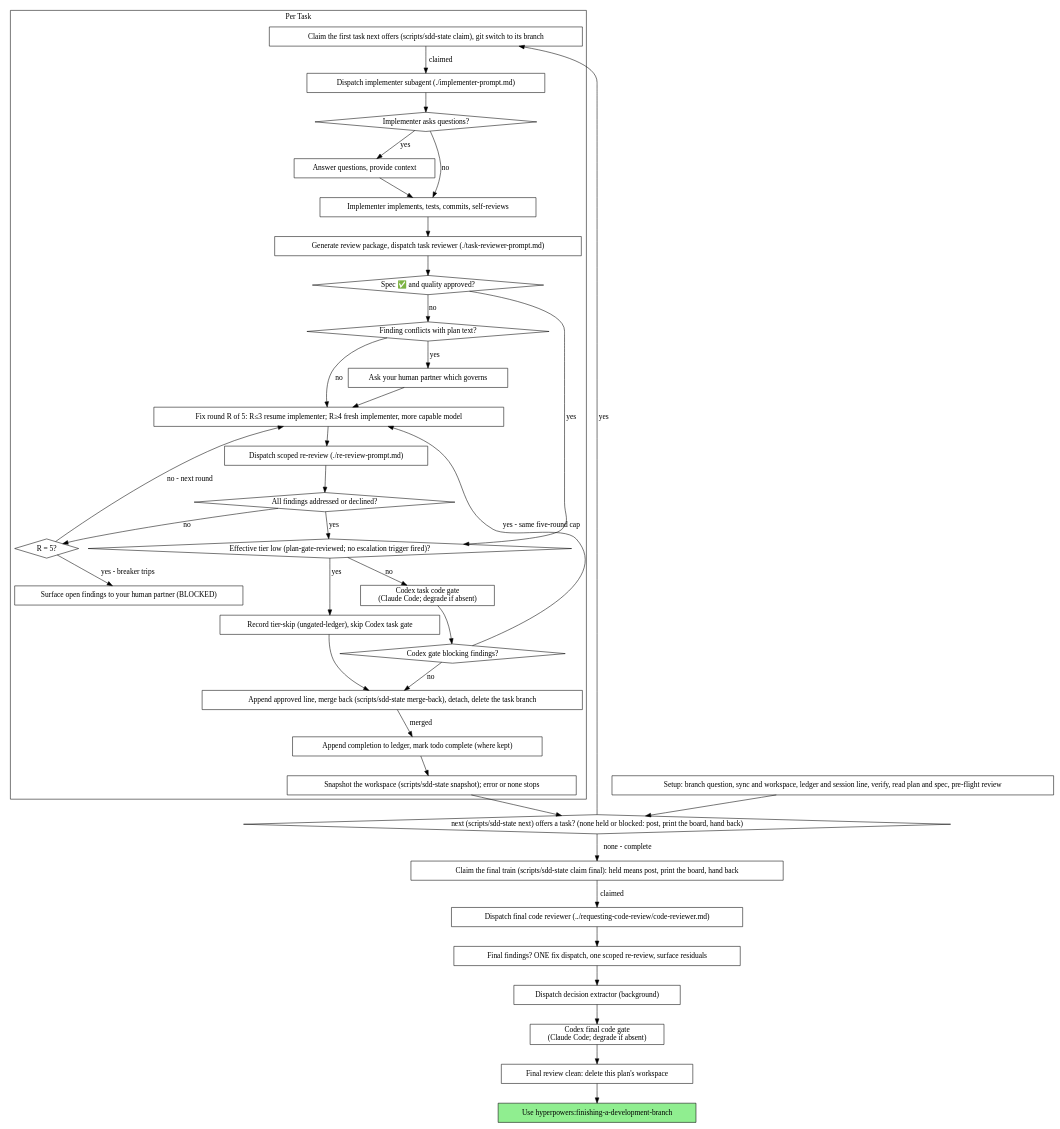
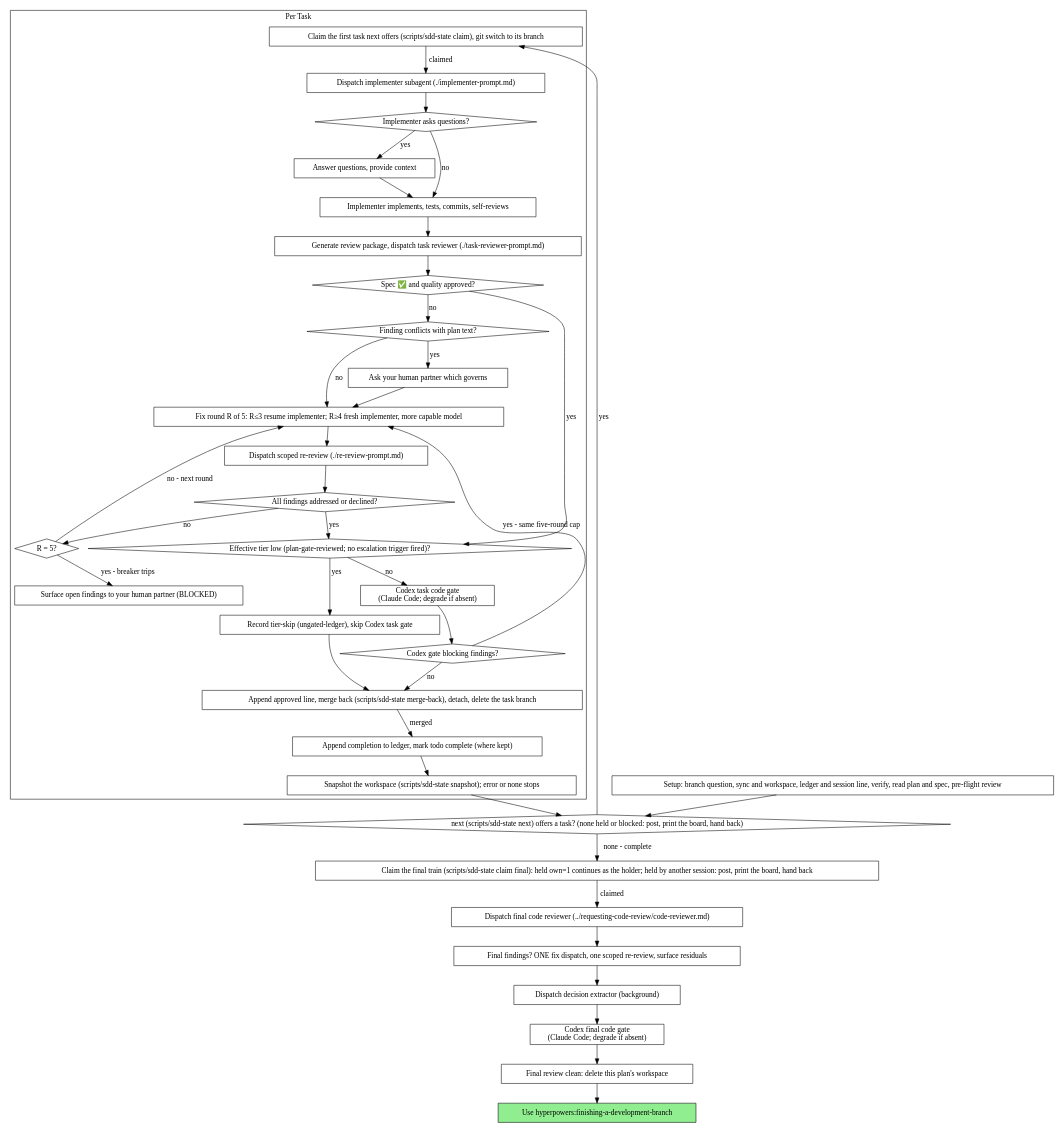
One commit to scott-arne/hyperpowers changed the second of 2 diagrams in skills/subagent-driven-development/SKILL.md. Above: the diagram before and after it, drawn with Graphviz. The commit also changed other lines of this file and 1 other file, not shown here.

Commit message:
fix(sdd): the final train is claimed before its review is packaged, a task's BASE is the claim's from= commit, and the graph's final claim continues on the session's own hold

````diff
--- a/skills/subagent-driven-development/SKILL.md
+++ b/skills/subagent-driven-development/SKILL.md
@@ -51,77 +51,77 @@
 ```dot
 digraph process {
     rankdir=TB;
 
     subgraph cluster_per_task {
         label="Per Task";
         "Claim the first task next offers (scripts/sdd-state claim), git switch to its branch" [shape=box];
         "Dispatch implementer subagent (./implementer-prompt.md)" [shape=box];
         "Implementer asks questions?" [shape=diamond];
         "Answer questions, provide context" [shape=box];
         "Implementer implements, tests, commits, self-reviews" [shape=box];
         "Generate review package, dispatch task reviewer (./task-reviewer-prompt.md)" [shape=box];
         "Spec ✅ and quality approved?" [shape=diamond];
         "Finding conflicts with plan text?" [shape=diamond];
         "Ask your human partner which governs" [shape=box];
         "Fix round R of 5: R≤3 resume implementer; R≥4 fresh implementer, more capable model" [shape=box];
         "Dispatch scoped re-review (./re-review-prompt.md)" [shape=box];
         "All findings addressed or declined?" [shape=diamond];
         "R = 5?" [shape=diamond];
         "Surface open findings to your human partner (BLOCKED)" [shape=box];
         "Effective tier low (plan-gate-reviewed; no escalation trigger fired)?" [shape=diamond];
         "Record tier-skip (ungated-ledger), skip Codex task gate" [shape=box];
         "Codex task code gate\n(Claude Code; degrade if absent)" [shape=box];
         "Codex gate blocking findings?" [shape=diamond];
         "Append approved line, merge back (scripts/sdd-state merge-back), detach, delete the task branch" [shape=box];
         "Append completion to ledger, mark todo complete (where kept)" [shape=box];
         "Snapshot the workspace (scripts/sdd-state snapshot); error or none stops" [shape=box];
     }
 
     "Setup: branch question, sync and workspace, ledger and session line, verify, read plan and spec, pre-flight review" [shape=box];
     "next (scripts/sdd-state next) offers a task? (none held or blocked: post, print the board, hand back)" [shape=diamond];
-    "Claim the final train (scripts/sdd-state claim final): held means post, print the board, hand back" [shape=box];
+    "Claim the final train (scripts/sdd-state claim final): held own=1 continues as the holder; held by another session: post, print the board, hand back" [shape=box];
     "Dispatch final code reviewer (../requesting-code-review/code-reviewer.md)" [shape=box];
     "Final findings? ONE fix dispatch, one scoped re-review, surface residuals" [shape=box];
     "Dispatch decision extractor (background)" [shape=box];
     "Codex final code gate\n(Claude Code; degrade if absent)" [shape=box];
     "Final review clean: delete this plan's workspace" [shape=box];
     "Use hyperpowers:finishing-a-development-branch" [shape=box style=filled fillcolor=lightgreen];
 
     "Setup: branch question, sync and workspace, ledger and session line, verify, read plan and spec, pre-flight review" -> "next (scripts/sdd-state next) offers a task? (none held or blocked: post, print the board, hand back)";
     "next (scripts/sdd-state next) offers a task? (none held or blocked: post, print the board, hand back)" -> "Claim the first task next offers (scripts/sdd-state claim), git switch to its branch" [label="yes"];
     "Claim the first task next offers (scripts/sdd-state claim), git switch to its branch" -> "Dispatch implementer subagent (./implementer-prompt.md)" [label="claimed"];
     "Dispatch implementer subagent (./implementer-prompt.md)" -> "Implementer asks questions?";
     "Implementer asks questions?" -> "Answer questions, provide context" [label="yes"];
     "Answer questions, provide context" -> "Implementer implements, tests, commits, self-reviews";
     "Implementer asks questions?" -> "Implementer implements, tests, commits, self-reviews" [label="no"];
     "Implementer implements, tests, commits, self-reviews" -> "Generate review package, dispatch task reviewer (./task-reviewer-prompt.md)";
     "Generate review package, dispatch task reviewer (./task-reviewer-prompt.md)" -> "Spec ✅ and quality approved?";
     "Spec ✅ and quality approved?" -> "Effective tier low (plan-gate-reviewed; no escalation trigger fired)?" [label="yes"];
     "Spec ✅ and quality approved?" -> "Finding conflicts with plan text?" [label="no"];
     "Finding conflicts with plan text?" -> "Ask your human partner which governs" [label="yes"];
     "Ask your human partner which governs" -> "Fix round R of 5: R≤3 resume implementer; R≥4 fresh implementer, more capable model";
     "Finding conflicts with plan text?" -> "Fix round R of 5: R≤3 resume implementer; R≥4 fresh implementer, more capable model" [label="no"];
     "Fix round R of 5: R≤3 resume implementer; R≥4 fresh implementer, more capable model" -> "Dispatch scoped re-review (./re-review-prompt.md)";
     "Dispatch scoped re-review (./re-review-prompt.md)" -> "All findings addressed or declined?";
     "All findings addressed or declined?" -> "Effective tier low (plan-gate-reviewed; no escalation trigger fired)?" [label="yes"];
     "All findings addressed or declined?" -> "R = 5?" [label="no"];
     "R = 5?" -> "Fix round R of 5: R≤3 resume implementer; R≥4 fresh implementer, more capable model" [label="no - next round"];
     "R = 5?" -> "Surface open findings to your human partner (BLOCKED)" [label="yes - breaker trips"];
     "Effective tier low (plan-gate-reviewed; no escalation trigger fired)?" -> "Record tier-skip (ungated-ledger), skip Codex task gate" [label="yes"];
     "Record tier-skip (ungated-ledger), skip Codex task gate" -> "Append approved line, merge back (scripts/sdd-state merge-back), detach, delete the task branch";
     "Effective tier low (plan-gate-reviewed; no escalation trigger fired)?" -> "Codex task code gate\n(Claude Code; degrade if absent)" [label="no"];
     "Codex task code gate\n(Claude Code; degrade if absent)" -> "Codex gate blocking findings?";
     "Codex gate blocking findings?" -> "Fix round R of 5: R≤3 resume implementer; R≥4 fresh implementer, more capable model" [label="yes - same five-round cap"];
     "Codex gate blocking findings?" -> "Append approved line, merge back (scripts/sdd-state merge-back), detach, delete the task branch" [label="no"];
     "Append approved line, merge back (scripts/sdd-state merge-back), detach, delete the task branch" -> "Append completion to ledger, mark todo complete (where kept)" [label="merged"];
     "Append completion to ledger, mark todo complete (where kept)" -> "Snapshot the workspace (scripts/sdd-state snapshot); error or none stops";
     "Snapshot the workspace (scripts/sdd-state snapshot); error or none stops" -> "next (scripts/sdd-state next) offers a task? (none held or blocked: post, print the board, hand back)";
-    "next (scripts/sdd-state next) offers a task? (none held or blocked: post, print the board, hand back)" -> "Claim the final train (scripts/sdd-state claim final): held means post, print the board, hand back" [label="none - complete"];
-    "Claim the final train (scripts/sdd-state claim final): held means post, print the board, hand back" -> "Dispatch final code reviewer (../requesting-code-review/code-reviewer.md)" [label="claimed"];
+    "next (scripts/sdd-state next) offers a task? (none held or blocked: post, print the board, hand back)" -> "Claim the final train (scripts/sdd-state claim final): held own=1 continues as the holder; held by another session: post, print the board, hand back" [label="none - complete"];
+    "Claim the final train (scripts/sdd-state claim final): held own=1 continues as the holder; held by another session: post, print the board, hand back" -> "Dispatch final code reviewer (../requesting-code-review/code-reviewer.md)" [label="claimed"];
     "Dispatch final code reviewer (../requesting-code-review/code-reviewer.md)" -> "Final findings? ONE fix dispatch, one scoped re-review, surface residuals";
     "Final findings? ONE fix dispatch, one scoped re-review, surface residuals" -> "Dispatch decision extractor (background)";
     "Dispatch decision extractor (background)" -> "Codex final code gate\n(Claude Code; degrade if absent)";
     "Codex final code gate\n(Claude Code; degrade if absent)" -> "Final review clean: delete this plan's workspace";
     "Final review clean: delete this plan's workspace" -> "Use hyperpowers:finishing-a-development-branch";
 }
 ```
````
